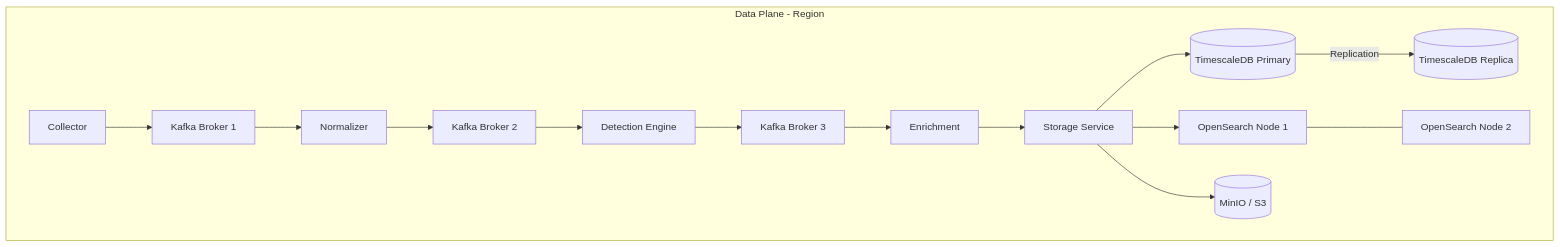
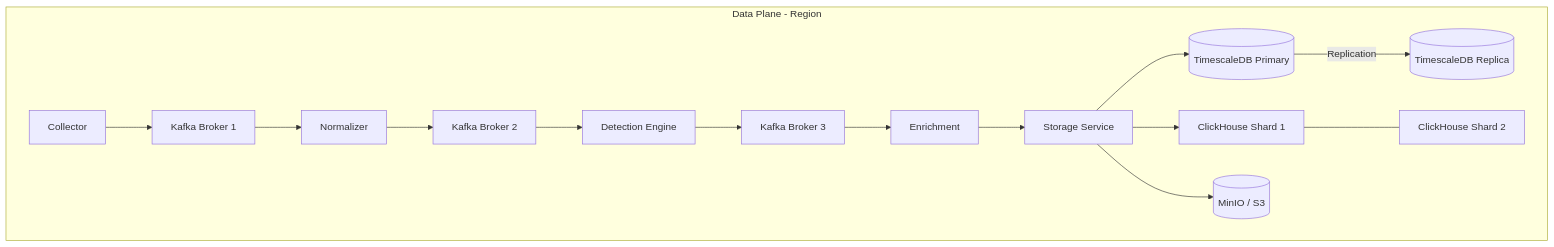
One commit to dufense/CyInsight changed the third of 6 diagrams in ARCHITECTURE.md. Above: the diagram before and after it, drawn with Mermaid. The commit also changed other lines of this file and 133 other files, not shown here.

````diff
--- a/ARCHITECTURE.md
+++ b/ARCHITECTURE.md
@@ -480,28 +480,28 @@
 ```mermaid
 graph TB
     subgraph "Data Plane - Region"
         TS1[(TimescaleDB Primary)]
         TS2[(TimescaleDB Replica)]
-        OS1[OpenSearch Node 1]
-        OS2[OpenSearch Node 2]
+        CH1[ClickHouse Shard 1]
+        CH2[ClickHouse Shard 2]
         K1[Kafka Broker 1]
         K2[Kafka Broker 2]
         K3[Kafka Broker 3]
         MINIO[(MinIO / S3)]
         COL[Collector]
         NRM[Normalizer]
         DET[Detection Engine]
         ENR[Enrichment]
         STR[Storage Service]
     end
 
     COL --> K1
     K1 --> NRM --> K2
     K2 --> DET --> K3
     K3 --> ENR --> STR
     STR --> TS1
-    STR --> OS1
+    STR --> CH1
     STR --> MINIO
     TS1 -->|Replication| TS2
-    OS1 --- OS2
+    CH1 --- CH2
 ```
````
